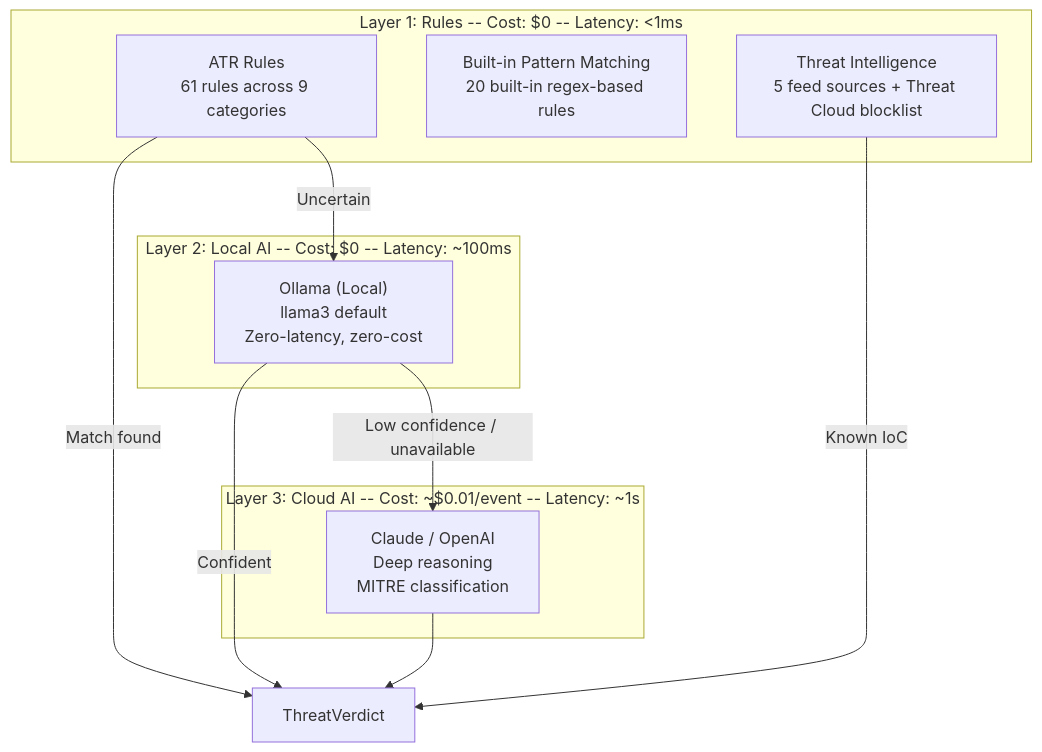
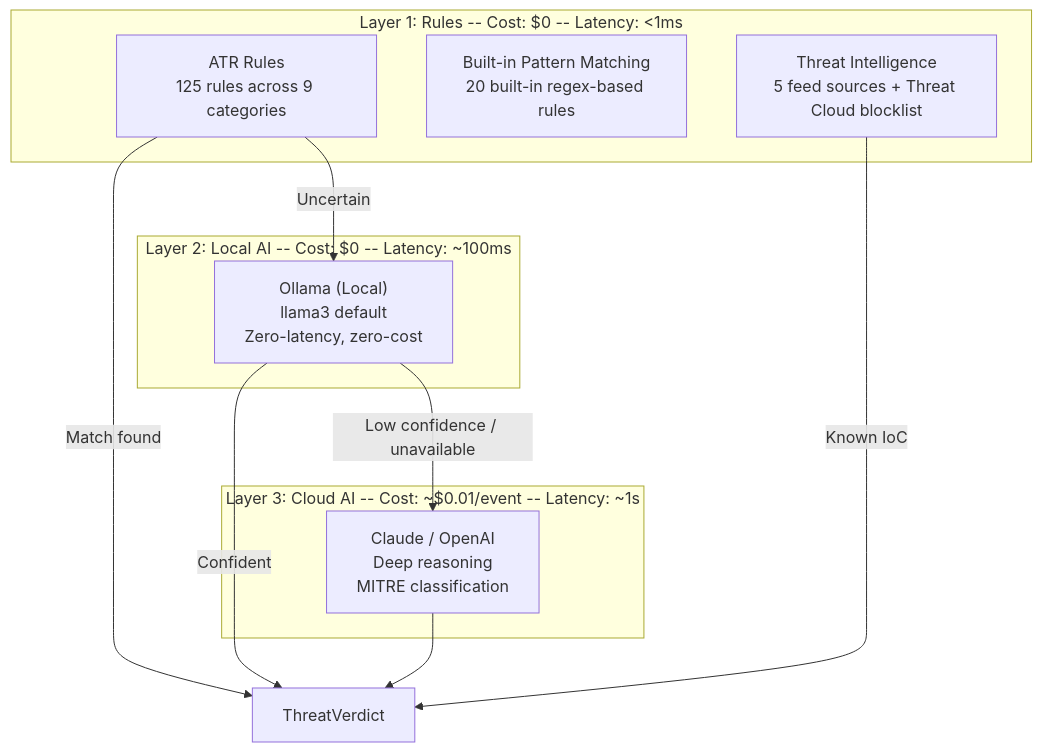
Before and after one commit to panguard-ai/panguard-ai: the fifth of 9 diagrams in docs/ARCHITECTURE.md, drawn with Mermaid. The commit also changed 110 other files, not shown here.

````diff
--- a/docs/ARCHITECTURE.md
+++ b/docs/ARCHITECTURE.md
@@ -303,24 +303,24 @@
 ```mermaid
 graph TB
     subgraph Layer1["Layer 1: Rules -- Cost: $0 -- Latency: <1ms"]
-        ATR["ATR Rules<br/>61 rules across 9 categories"]
+        ATR["ATR Rules<br/>125 rules across 9 categories"]
         BUILTIN["Built-in Pattern Matching<br/>20 built-in regex-based rules"]
         TI["Threat Intelligence<br/>5 feed sources + Threat Cloud blocklist"]
     end
 
     subgraph Layer2["Layer 2: Local AI -- Cost: $0 -- Latency: ~100ms"]
         OLLAMA["Ollama (Local)<br/>llama3 default<br/>Zero-latency, zero-cost"]
     end
 
     subgraph Layer3["Layer 3: Cloud AI -- Cost: ~$0.01/event -- Latency: ~1s"]
         CLOUD["Claude / OpenAI<br/>Deep reasoning<br/>MITRE classification"]
     end
 
     ATR --> |"Match found"| VERDICT["ThreatVerdict"]
     TI --> |"Known IoC"| VERDICT
 
     ATR --> |"Uncertain"| OLLAMA
     OLLAMA --> |"Confident"| VERDICT
     OLLAMA --> |"Low confidence / unavailable"| CLOUD
     CLOUD --> VERDICT
 ```
````
